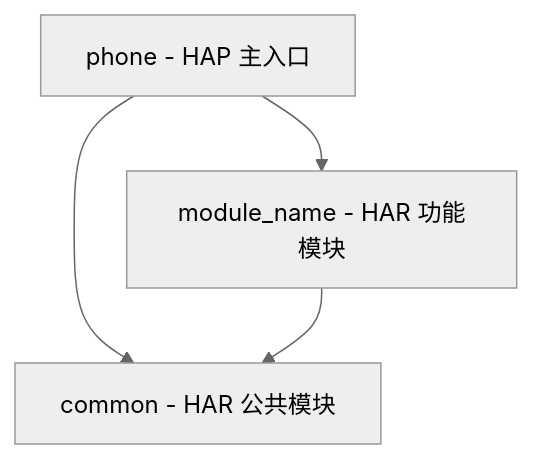
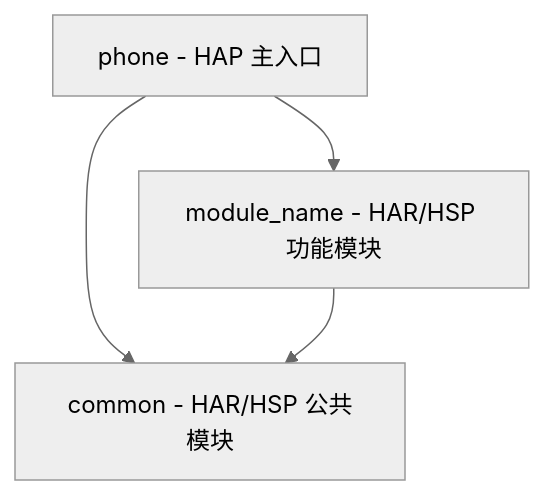
The first of 4 diagrams in profiles/hmos-app/skills/2-requirement-design/templates/design-template.md (sqsqsq/agent-maison), drawn with Mermaid (neutral theme) before and after one commit. The commit also changed other lines of this file and 46 other files, not shown here.

````diff
--- a/profiles/hmos-app/skills/2-requirement-design/templates/design-template.md
+++ b/profiles/hmos-app/skills/2-requirement-design/templates/design-template.md
@@ -77,6 +77,6 @@
 ```mermaid
 graph TD
-    phone["phone - HAP 主入口"] --> feature_module["module_name - HAR 功能模块"]
-    phone --> common["common - HAR 公共模块"]
+    phone["phone - HAP 主入口"] --> feature_module["module_name - HAR/HSP 功能模块"]
+    phone --> common["common - HAR/HSP 公共模块"]
     feature_module --> common
 ```
````
